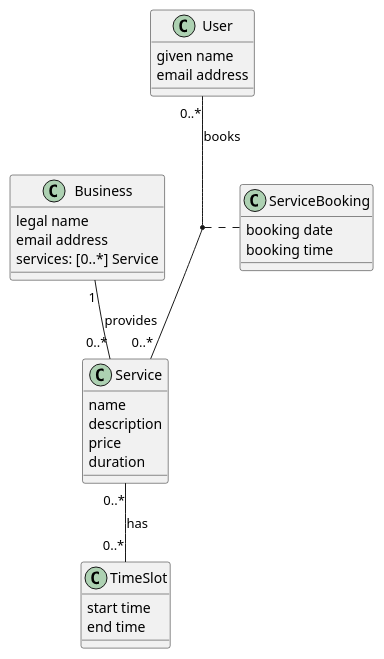
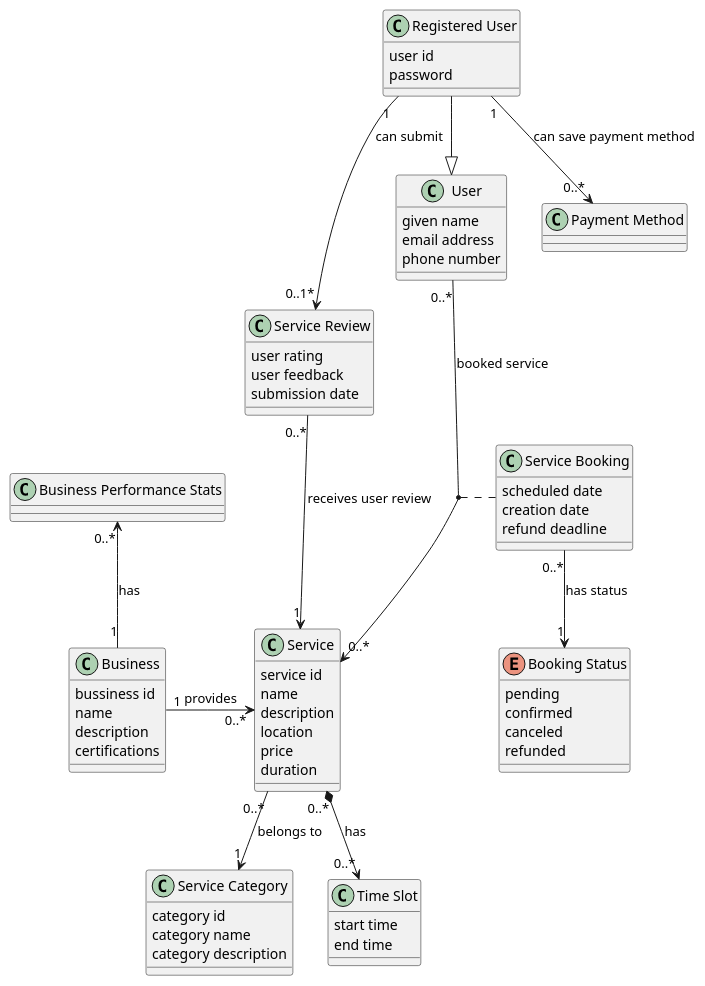
Before and after one commit to JuhTyg010/Vellure-NSWI041: the diagram in uml/uml-class-diagram.plantuml, drawn with PlantUML. The commit also changed 1 other file, not shown here.

```diff
--- a/uml/uml-class-diagram.plantuml
+++ b/uml/uml-class-diagram.plantuml
@@ -1,40 +1,77 @@
 @startuml
-
-class Service{
-    name
-    description
-    price
-    duration
-}
-
 
 class User {
     given name
     email address
+    phone number
 }
 
+class "Registered User" as RegisteredUser {
+    user id
+    password
+}
 
 class Business {
-    legal name
-    email address
-    services: [0..*] Service
+    bussiness id
+    name
+    description
+    certifications
 }
 
-class TimeSlot {
-    start time
-    end time
+class "Business Performance Stats" as BusinessPerformanceStats
+
+class Service {
+   service id
+   name
+   description
+   location
+   price
+   duration
 }
 
-class ServiceBooking {
-    booking date
-    booking time
+class "Service Category" as ServiceCategory {
+    category id
+    category name
+    category description
 }
 
+class "Service Booking" as ServiceBooking {
+    scheduled date
+    creation date
+    refund deadline
+}
 
-Service "0..*" -- "0..*" TimeSlot : has
-User "0..*" -- "0..*" Service : books
-Business "1" -- "0..*" Service : provides
-(User, Service) .l. ServiceBooking
+class "Service Review" as ServiceReview {
+    user rating
+    user feedback
+    submission date
+}
+
+class "Time Slot" as TimeSlot {
+   start time
+   end time
+}
+
+enum "Booking Status" as BookingStatus {
+   pending
+   confirmed
+   canceled
+   refunded
+}
+
+class "Payment Method" as PaymentMethod
 
 
+RegisteredUser --|> User
+Business "1" -r-> "0..*" Service : provides
+Service "0..*" *--> "0..*" TimeSlot : has
+User "0..*" --> "0..*" Service : booked service
+(User, Service) .. ServiceBooking
+ServiceBooking  "0..*" --> "1" BookingStatus : has status
+RegisteredUser "1" --> "0..*" PaymentMethod : can save payment method
+RegisteredUser "1" --> "0..1*" ServiceReview : can submit
+Service "1" <-u- "0..*" ServiceReview : receives user review
+Service "0..*" --> "1" ServiceCategory : belongs to
+Business "1" -u-> "0..*" BusinessPerformanceStats : has
+
 @enduml
```
